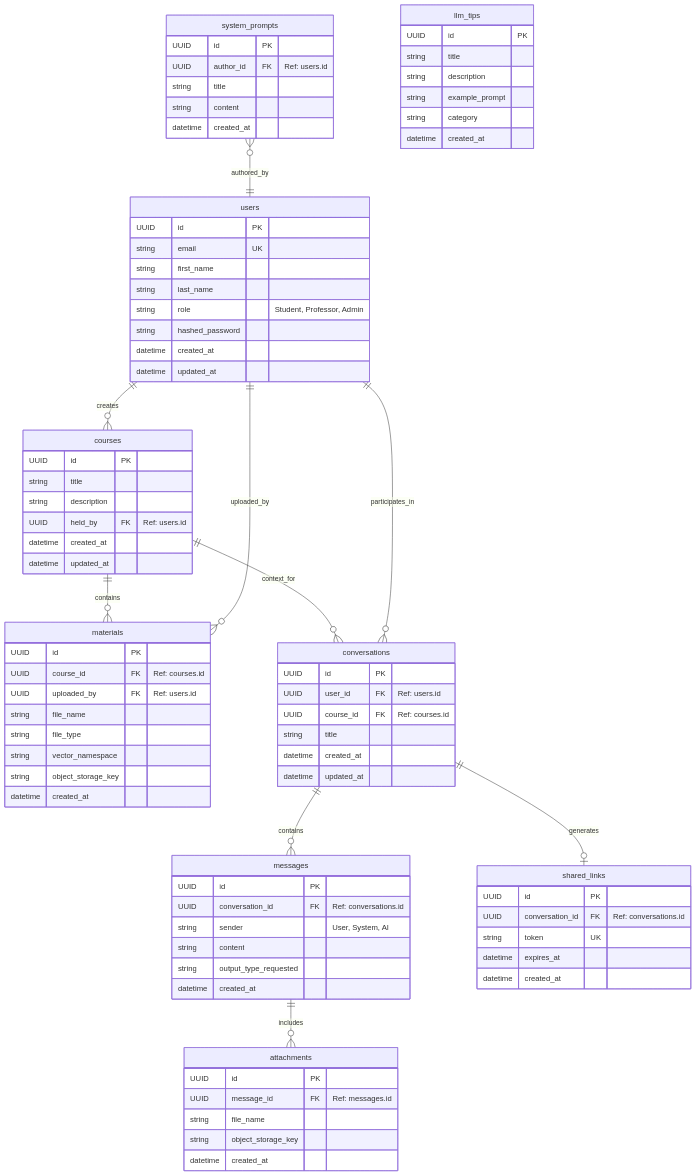
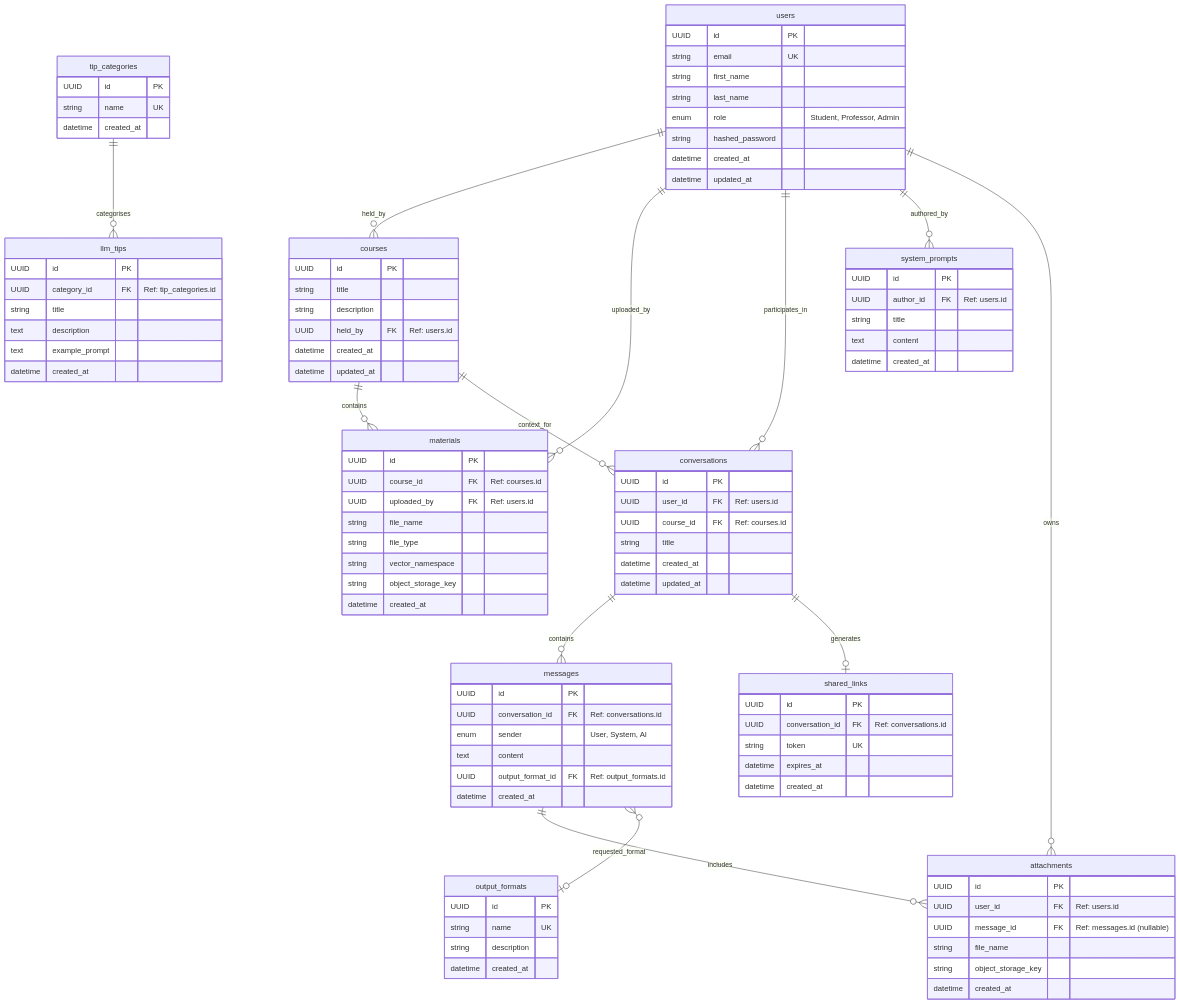
Before and after one commit to ULBS-cauci/backend: the first of 3 diagrams in DATABASE_SCHEMA.md, drawn with Mermaid. The commit also changed other lines of this file and 22 other files, not shown here.

````diff
--- a/DATABASE_SCHEMA.md
+++ b/DATABASE_SCHEMA.md
@@ -5,12 +5,26 @@
 ```mermaid
 erDiagram
-    %% Identity & Courses
+    %% 0. Lookup / Reference Tables
+    output_formats {
+        UUID id PK
+        string name UK
+        string description
+        datetime created_at
+    }
+
+    tip_categories {
+        UUID id PK
+        string name UK
+        datetime created_at
+    }
+
+    %% 1. Identity & Courses
     users {
         UUID id PK
         string email UK
         string first_name
         string last_name
-        string role "Student, Professor, Admin"
+        enum role "Student, Professor, Admin"
         string hashed_password
         datetime created_at
         datetime updated_at
@@ -25,7 +39,7 @@
         datetime updated_at
     }
 
-    %% Knowledge Base
+    %% 2. Knowledge Base
     materials {
         UUID id PK
         UUID course_id FK "Ref: courses.id"
@@ -37,7 +51,7 @@
         datetime created_at
     }
 
-    %% Chat System
+    %% 3. Chat System
     conversations {
         UUID id PK
         UUID user_id FK "Ref: users.id"
@@ -50,15 +64,16 @@
     messages {
         UUID id PK
         UUID conversation_id FK "Ref: conversations.id"
-        string sender "User, System, AI"
-        string content
-        string output_type_requested
+        enum sender "User, System, AI"
+        text content
+        UUID output_format_id FK "Ref: output_formats.id"
         datetime created_at
     }
 
     attachments {
         UUID id PK
-        UUID message_id FK "Ref: messages.id"
+        UUID user_id FK "Ref: users.id"
+        UUID message_id FK "Ref: messages.id (nullable)"
         string file_name
         string object_storage_key
         datetime created_at
@@ -72,39 +87,42 @@
         datetime created_at
     }
 
-    %% Configuration & Preferences
+    %% 4. Configuration & Prompts
     system_prompts {
         UUID id PK
         UUID author_id FK "Ref: users.id"
         string title
-        string content
+        text content
         datetime created_at
     }
 
     llm_tips {
         UUID id PK
+        UUID category_id FK "Ref: tip_categories.id"
         string title
-        string description
-        string example_prompt
-        string category
+        text description
+        text example_prompt
         datetime created_at
     }
 
-    %% Relationships (Restructured for better layout)
+    %% Relationships
     %% Identity & Setup
-    users ||--o{ courses : "creates"
-    
+    users ||--o{ courses : "held_by"
+    users ||--o{ materials : "uploaded_by"
+    users ||--o{ conversations : "participates_in"
+    users ||--o{ system_prompts : "authored_by"
+    users ||--o{ attachments : "owns"
+
     %% Course Data
     courses ||--o{ materials : "contains"
-    materials }o--|| users : "uploaded_by"
-    
-    system_prompts }o--|| users : "authored_by"
+    courses ||--o{ conversations : "context_for"
 
-    %% Chat System Sub-graph
-    courses ||--o{ conversations : "context_for"
-    users ||--o{ conversations : "participates_in"
-    
+    %% Chat System
     conversations ||--o{ messages : "contains"
     conversations ||--o| shared_links : "generates"
     messages ||--o{ attachments : "includes"
+    messages }o--o| output_formats : "requested_format"
+
+    %% Tips
+    tip_categories ||--o{ llm_tips : "categorises"
 ```
````
